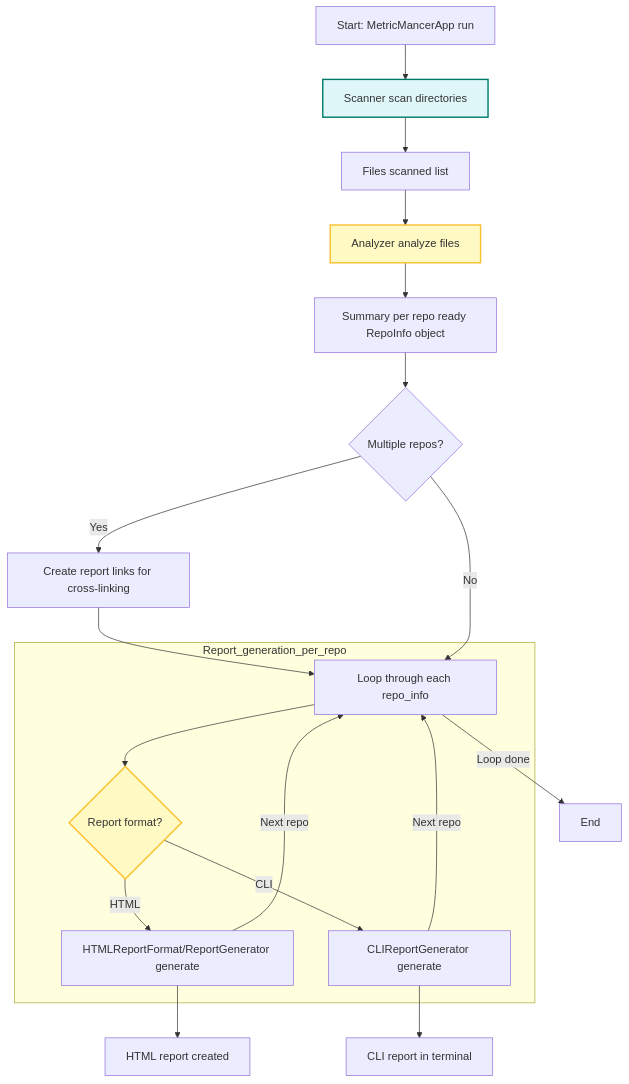
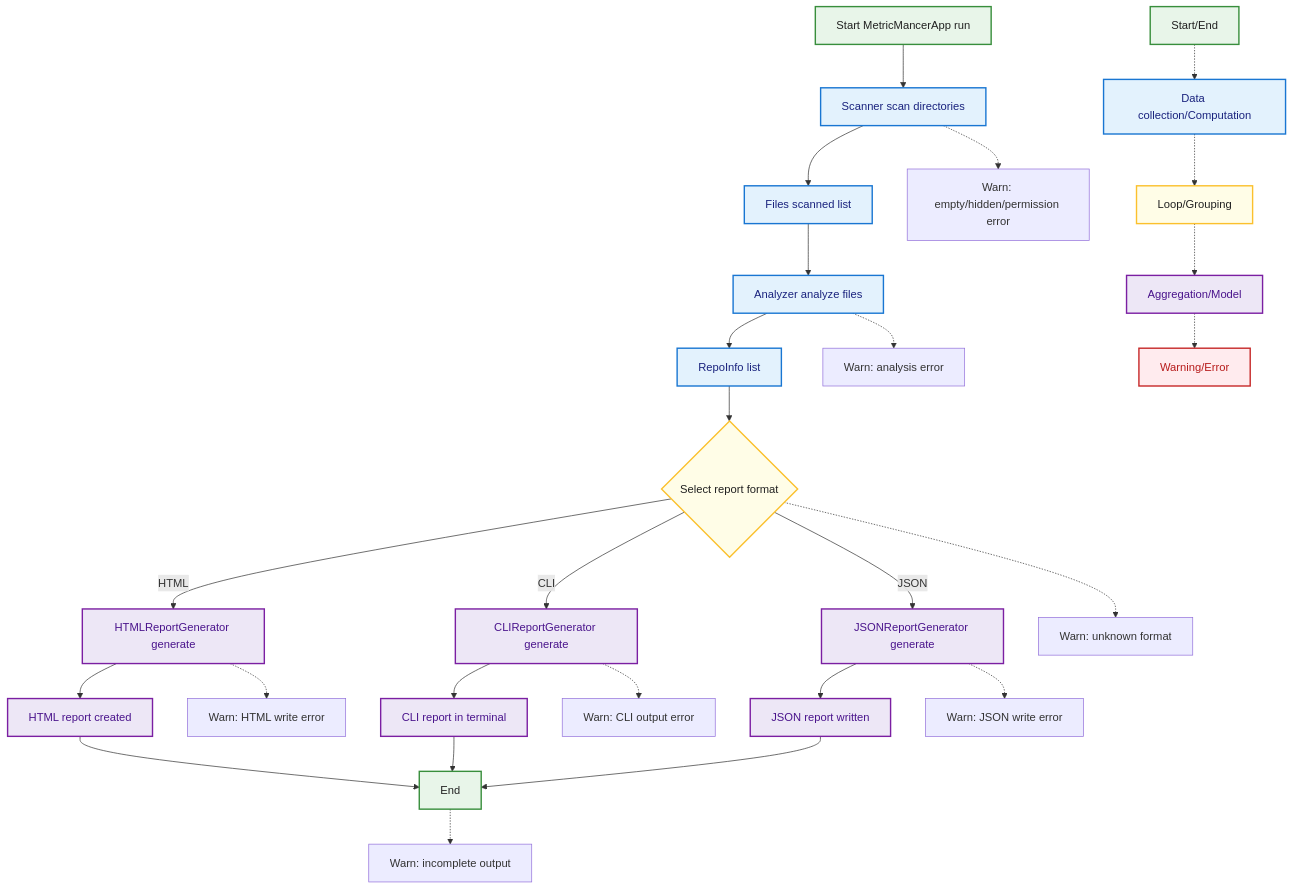
One commit to CmdrPrompt/MetricMancer changed the diagram in mermaid/2_app_run_flow.md. Above: the diagram before and after it, drawn with Mermaid. The commit also changed other lines of this file and 21 other files, not shown here.

````diff
--- a/mermaid/2_app_run_flow.md
+++ b/mermaid/2_app_run_flow.md
@@ -20,29 +4,73 @@
 ```mermaid
-graph TD
-    A[Start: MetricMancerApp run] --> B[Scanner scan directories]
-    B --> C[Files scanned list]
-    C --> D[Analyzer analyze files]
-    D --> E[Summary per repo ready RepoInfo object]
-    E --> F{Multiple repos?}
-    F -- Yes --> G[Create report links for cross-linking]
-    G --> H[Loop through each repo_info]
-    F -- No --> H
+flowchart TD
+    StartApp[Start MetricMancerApp run]
+    StartApp --> Scan[Scanner scan directories]
+    Scan --> Files[Files scanned list]
+    Files --> Analyze[Analyzer analyze files]
+    Analyze --> RepoInfos[RepoInfo list]
+    RepoInfos --> FormatSel{Select report format}
+    FormatSel -- HTML --> HTMLGen[HTMLReportGenerator generate]
+    FormatSel -- CLI --> CLIGen[CLIReportGenerator generate]
+    FormatSel -- JSON --> JSONGen[JSONReportGenerator generate]
+    HTMLGen --> HTMLOut[HTML report created]
+    CLIGen --> CLIOut[CLI report in terminal]
+    JSONGen --> JSONOut[JSON report written]
+    HTMLOut --> EndNode[End]
+    CLIOut --> EndNode
+    JSONOut --> EndNode
 
-    subgraph Report_generation_per_repo
-        H --> I{Report format?}
-        I -- HTML --> J[HTMLReportFormat/ReportGenerator generate]
-        I -- CLI --> K[CLIReportGenerator generate]
-    end
+    %% Assign classes for color coding (one per line, no trailing commas)
+    class StartApp start
+    class EndNode start
+    class Scan calc
+    class Files calc
+    class Analyze calc
+    class RepoInfos calc
+    class FormatSel loop
+    class HTMLGen agg
+    class CLIGen agg
+    class JSONGen agg
+    class HTMLOut agg
+    class CLIOut agg
+    class JSONOut agg
+    class WarnScan warn
+    class WarnAnalyze warn
+    class WarnFormat warn
+    class WarnHTML warn
+    class WarnCLI warn
+    class WarnJSON warn
+    class WarnEnd warn
 
-    J --> L[HTML report created]
-    K --> M[CLI report in terminal]
-    J -- Next repo --> H
-    K -- Next repo --> H
-    H -- Loop done --> N[End]
+    %% Edge cases and error handling
+    Scan -.-> WarnScan[Warn: empty/hidden/permission error]
+    Analyze -.-> WarnAnalyze[Warn: analysis error]
+    FormatSel -.-> WarnFormat[Warn: unknown format]
+    HTMLGen -.-> WarnHTML[Warn: HTML write error]
+    CLIGen -.-> WarnCLI[Warn: CLI output error]
+    JSONGen -.-> WarnJSON[Warn: JSON write error]
+    EndNode -.-> WarnEnd[Warn: incomplete output]
 
-    %% Edge cases
-    style B fill:#e0f7fa,stroke:#00796b,stroke-width:2px
-    style D fill:#fff9c4,stroke:#fbc02d,stroke-width:2px
-    style I fill:#fff9c4,stroke:#fbc02d,stroke-width:2px
-    %% Error handling: empty directories, errors in scanner/analyzer, report generator
+    %% Legend
+    LegendStart[Start/End]:::start
+    LegendCalc[Data collection/Computation]:::calc
+    LegendLoop[Loop/Grouping]:::loop
+    LegendAgg[Aggregation/Model]:::agg
+    LegendWarn[Warning/Error]:::warn
+
+    LegendStart -.-> LegendCalc
+    LegendCalc -.-> LegendLoop
+    LegendLoop -.-> LegendAgg
+    LegendAgg -.-> LegendWarn
+
+    classDef start fill:#e8f5e9,stroke:#388e3c,stroke-width:2px,color:#212121;
+    classDef calc fill:#e3f2fd,stroke:#1976d2,stroke-width:2px,color:#1a237e;
+    classDef loop fill:#fffde7,stroke:#fbc02d,stroke-width:2px,color:#212121;
+    classDef agg fill:#ede7f6,stroke:#7b1fa2,stroke-width:2px,color:#4a148c;
+    classDef warn fill:#ffebee,stroke:#c62828,stroke-width:2px,color:#b71c1c;
+
+    class LegendStart start
+    class LegendCalc calc
+    class LegendLoop loop
+    class LegendAgg agg
+    class LegendWarn warn
 ```
````
